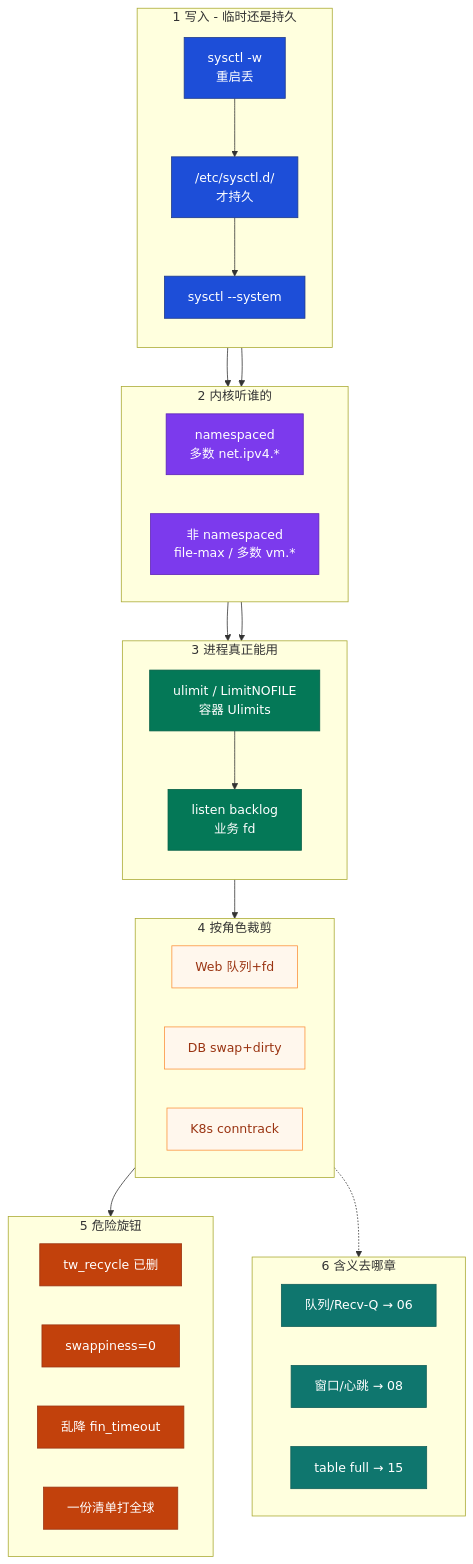
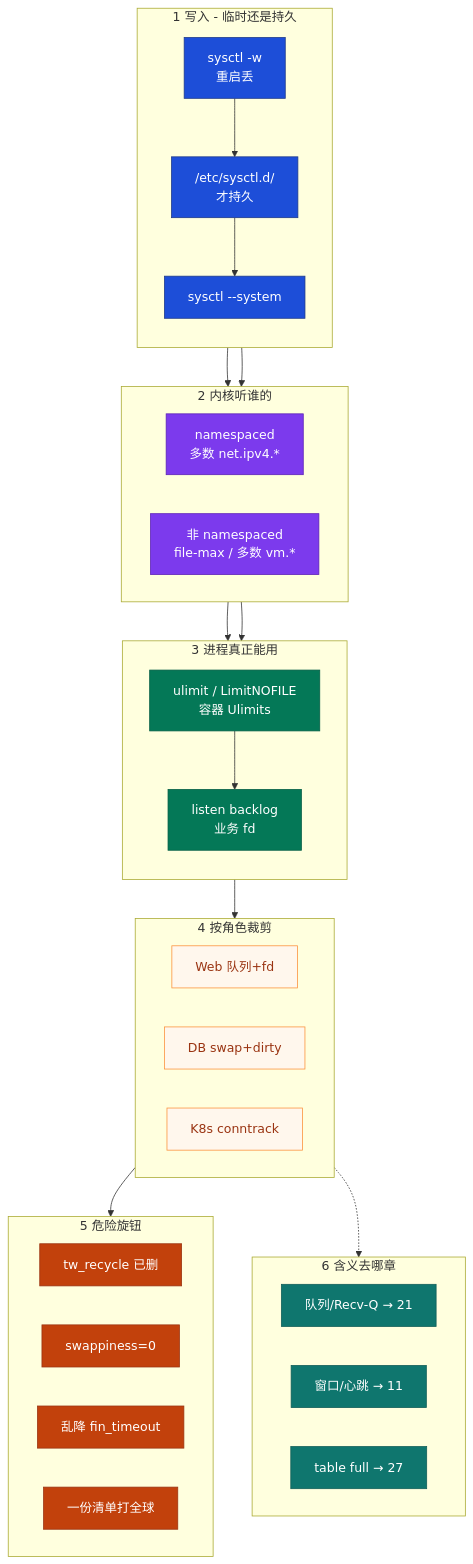
The first of 5 diagrams in 01-基础底座/24-内核参数与sysctl/知识点.md (ml-cuizijun/LearnToLilith), drawn with Mermaid before and after one commit. The commit also changed other lines of this file and 56 other files, not shown here.

````diff
--- a/01-基础底座/24-内核参数与sysctl/知识点.md
+++ b/01-基础底座/24-内核参数与sysctl/知识点.md
@@ -53,63 +53,63 @@
 ```mermaid
 flowchart TB
     classDef write fill:#1D4ED8,stroke:#1E3A8A,color:#fff
     classDef kern fill:#7C3AED,stroke:#5B21B6,color:#fff
     classDef proc fill:#047857,stroke:#065F46,color:#fff
     classDef danger fill:#C2410C,stroke:#9A3412,color:#fff
     classDef note fill:#FFF7ED,stroke:#FB923C,color:#9A3412
     classDef link fill:#0F766E,stroke:#115E59,color:#fff
 
     subgraph W["1 写入 - 临时还是持久"]
         direction TB
         W1["sysctl -w<br/>重启丢"] --> W2["/etc/sysctl.d/<br/>才持久"]
         W2 --> W3["sysctl --system"]
     end
 
     subgraph K["2 内核听谁的"]
         direction LR
         K1["namespaced<br/>多数 net.ipv4.*"]
         K2["非 namespaced<br/>file-max / 多数 vm.*"]
     end
 
     subgraph P["3 进程真正能用"]
         direction TB
         P1["ulimit / LimitNOFILE<br/>容器 Ulimits"] --> P2["listen backlog<br/>业务 fd"]
     end
 
     subgraph ROLE["4 按角色裁剪"]
         direction LR
         R1["Web 队列+fd"]
         R2["DB swap+dirty"]
         R3["K8s conntrack"]
     end
 
     subgraph DANGER["5 危险旋钮"]
         direction LR
         D1["tw_recycle 已删"]
         D2["swappiness=0"]
         D3["乱降 fin_timeout"]
         D4["一份清单打全球"]
     end
 
     subgraph LINK["6 含义去哪章"]
         direction LR
-        L1["队列/Recv-Q → 06"]
-        L2["窗口/心跳 → 08"]
-        L3["table full → 15"]
+        L1["队列/Recv-Q → 21"]
+        L2["窗口/心跳 → 11"]
+        L3["table full → 27"]
     end
 
     W3 --> K1
     W3 --> K2
     K1 --> P1
     K2 --> P1
     P2 --> ROLE
     ROLE --> DANGER
     ROLE -.-> LINK
 
     class W1,W2,W3 write
     class K1,K2 kern
     class P1,P2 proc
     class D1,D2,D3,D4 danger
     class R1,R2,R3 note
     class L1,L2,L3 link
 ```
````
